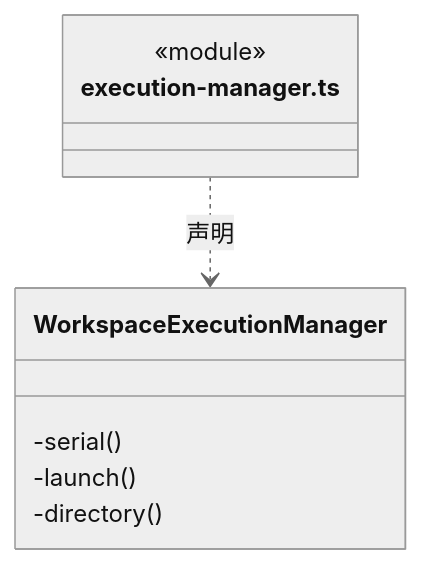
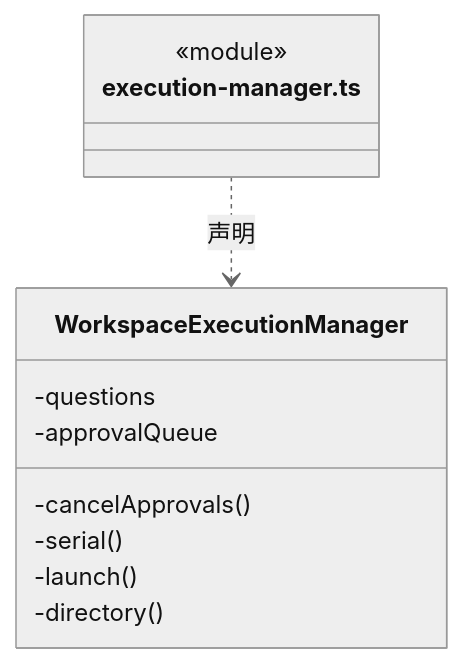
One commit to nan023062/cbim changed the ninth of 29 diagrams in src/backend/scheduler-engine/execution/ARCHITECTURE.md. Above: the diagram before and after it, drawn with Mermaid (neutral theme). The commit also changed other lines of this file and 60 other files, not shown here.

````diff
--- a/src/backend/scheduler-engine/execution/ARCHITECTURE.md
+++ b/src/backend/scheduler-engine/execution/ARCHITECTURE.md
@@ -295,12 +303,15 @@
 ```mermaid
 classDiagram
 class N_src_backend_scheduler_engine_execution_execution_manager_ts["execution-manager.ts"] {
   <<module>>
 }
 class N_src_backend_scheduler_engine_execution_execution_manager_ts_WorkspaceExecutionManager["WorkspaceExecutionManager"] {
+  -questions
+  -approvalQueue
+  -cancelApprovals()
   -serial()
   -launch()
   -directory()
 }
 N_src_backend_scheduler_engine_execution_execution_manager_ts ..> N_src_backend_scheduler_engine_execution_execution_manager_ts_WorkspaceExecutionManager : 声明
 ```
````
